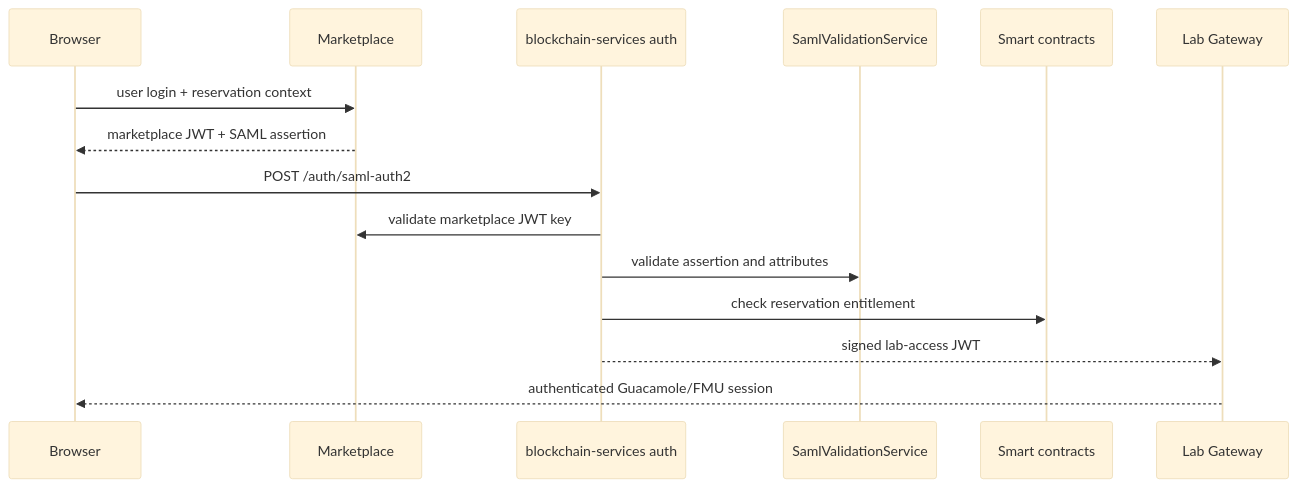
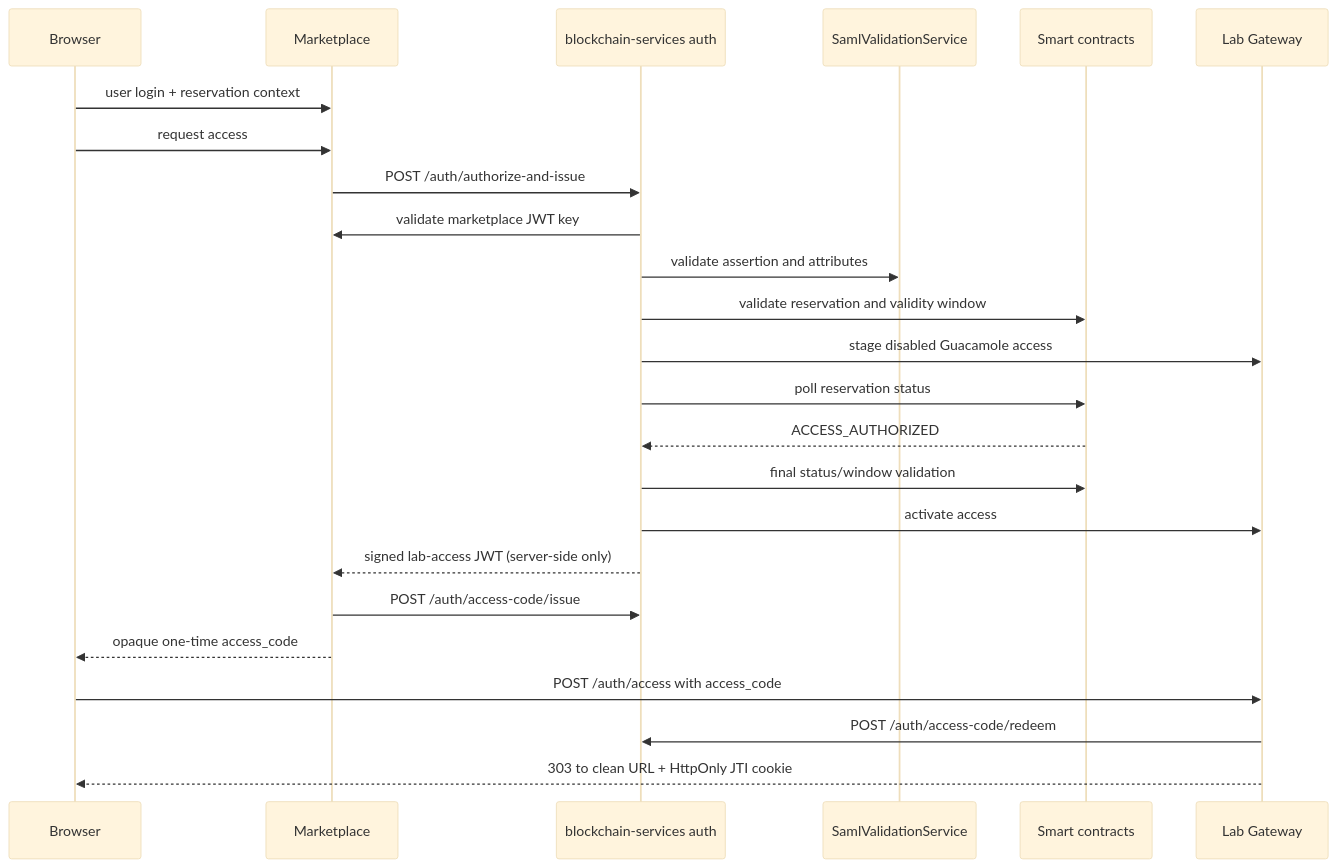
One commit to DecentraLabsCom/Blockchain-Services changed the diagram in docs/services/AUTH.md. Above: the diagram before and after it, drawn with Mermaid (base theme). The commit also changed other lines of this file and 54 other files, not shown here.

Commit message:
Implement institutional access authorization flow

````diff
--- a/docs/services/AUTH.md
+++ b/docs/services/AUTH.md
@@ -29,18 +31,27 @@
 ```mermaid
 sequenceDiagram
     participant Browser
     participant Marketplace
     participant Auth as blockchain-services auth
     participant Saml as SamlValidationService
     participant Chain as Smart contracts
     participant Gateway as Lab Gateway
 
     Browser->>Marketplace: user login + reservation context
-    Marketplace-->>Browser: marketplace JWT + SAML assertion
-    Browser->>Auth: POST /auth/saml-auth2
+    Browser->>Marketplace: request access
+    Marketplace->>Auth: POST /auth/authorize-and-issue
     Auth->>Marketplace: validate marketplace JWT key
     Auth->>Saml: validate assertion and attributes
-    Auth->>Chain: check reservation entitlement
-    Auth-->>Gateway: signed lab-access JWT
-    Gateway-->>Browser: authenticated Guacamole/FMU session
+    Auth->>Chain: validate reservation and validity window
+    Auth->>Gateway: stage disabled Guacamole access
+    Auth->>Chain: poll reservation status
+    Chain-->>Auth: ACCESS_AUTHORIZED
+    Auth->>Chain: final status/window validation
+    Auth->>Gateway: activate access
+    Auth-->>Marketplace: signed lab-access JWT (server-side only)
+    Marketplace->>Auth: POST /auth/access-code/issue
+    Marketplace-->>Browser: opaque one-time access_code
+    Browser->>Gateway: POST /auth/access with access_code
+    Gateway->>Auth: POST /auth/access-code/redeem
+    Gateway-->>Browser: 303 to clean URL + HttpOnly JTI cookie
 ```
````
